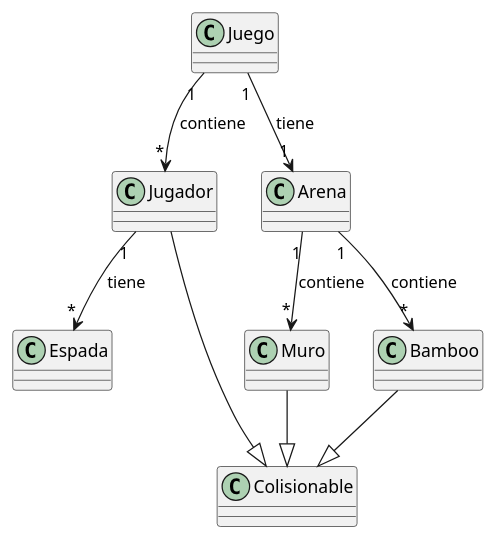
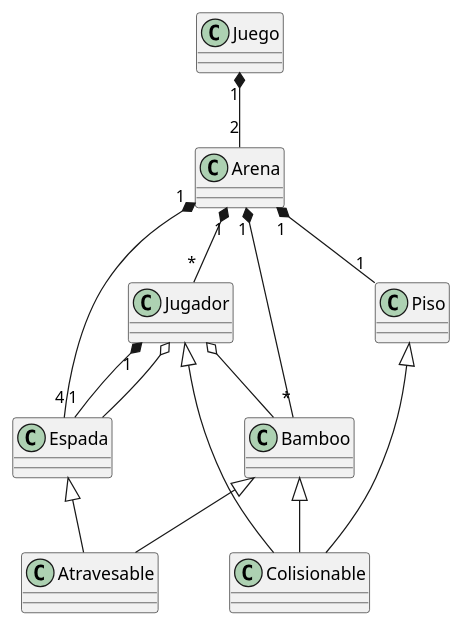
The diagram in docs/espaditas.puml (GeraMG1105/Espaditas), drawn with PlantUML before and after one commit. The commit also changed 14 other files, not shown here.

```diff
--- a/docs/espaditas.puml
+++ b/docs/espaditas.puml
@@ -1,20 +1,35 @@
 @startuml espaditas
 
 class Juego
 class Jugador
 class Espada
 class Arena
-class Muro
 class Bamboo
 class Colisionable
+class Atravesable
+class Piso 
 
-Jugador --|> Colisionable
-Muro --|> Colisionable
-Bamboo --|> Colisionable
-Jugador "1" --> "*" Espada : tiene
-Juego "1" --> "*" Jugador : contiene
-Juego "1" --> "1" Arena : tiene
-Arena "1" --> "*" Muro : contiene
-Arena "1" --> "*" Bamboo : contiene
+
+
+Juego "1" *--  "2" Arena
+
+
+Arena "1" *-- "*" Bamboo
+Arena "1" *-- "4" Espada
+Arena "1" *-- "1" Piso
+Arena "1" *-- "*" Jugador
+Jugador "1" *-- "1" Espada
+
+Jugador o-- Bamboo
+Jugador o-- Espada
+
+
+Bamboo <|-- Atravesable
+Espada <|-- Atravesable
+
+Jugador <|-- Colisionable
+Bamboo <|-- Colisionable
+Piso <|-- Colisionable
+
 
 @enduml
```
